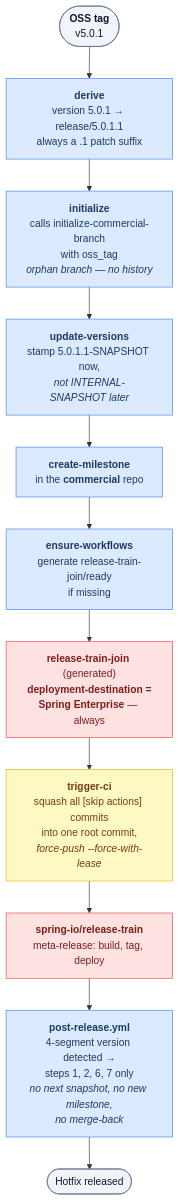
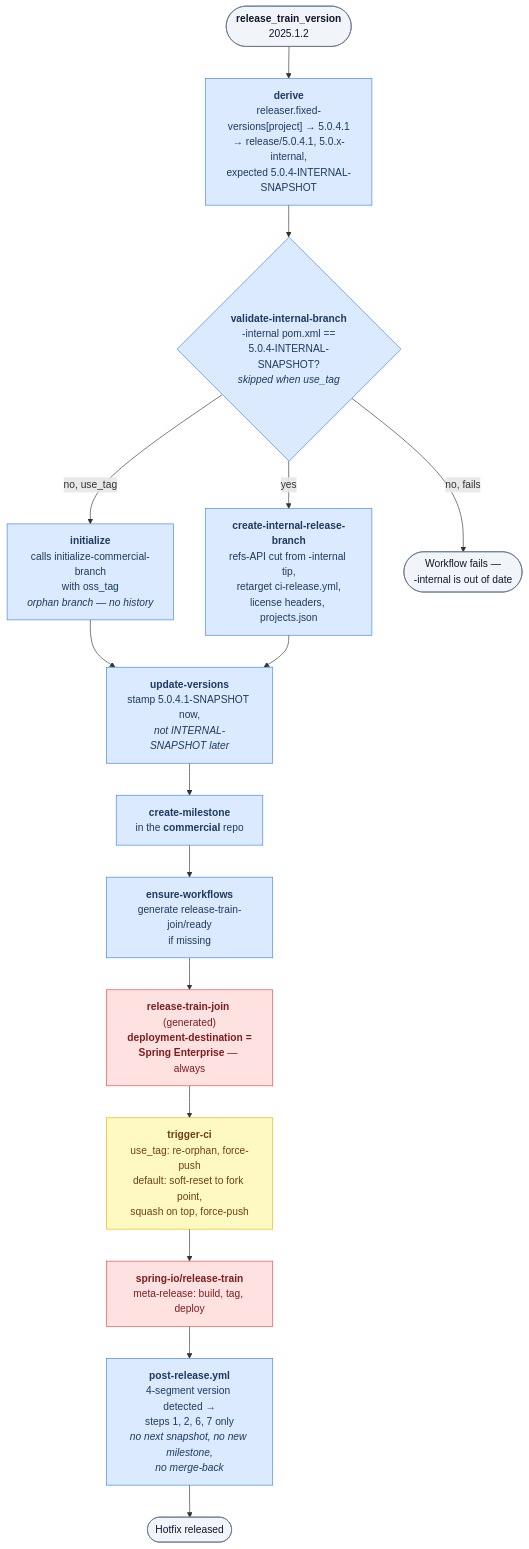
The fourth of 4 diagrams in docs/release-automation.md (spring-cloud/spring-cloud-github-actions), drawn with Mermaid before and after one commit. The commit also changed other lines of this file and 5 other files, not shown here.

````diff
--- a/docs/release-automation.md
+++ b/docs/release-automation.md
@@ -596,31 +606,37 @@
 ```mermaid
 flowchart TD
-    TAG(["<b>OSS tag</b><br/>v5.0.1"]) --> DERIVE
+    TRAIN(["<b>release_train_version</b><br/>2025.1.2"]) --> DERIVE
 
-    DERIVE["<b>derive</b><br/>version 5.0.1 → release/5.0.1.1<br/>always a .1 patch suffix"] --> INIT
+    DERIVE["<b>derive</b><br/>releaser.fixed-versions[project] → 5.0.4.1<br/>→ release/5.0.4.1, 5.0.x-internal,<br/>expected 5.0.4-INTERNAL-SNAPSHOT"] --> VALIDATE
+
+    VALIDATE{"<b>validate-internal-branch</b><br/>-internal pom.xml ==<br/>5.0.4-INTERNAL-SNAPSHOT?<br/><i>skipped when use_tag</i>"} -->|no, use_tag| INIT
+    VALIDATE -->|yes| CIRB
+    VALIDATE -->|no, fails| FAIL(["Workflow fails —<br/>-internal is out of date"])
 
     INIT["<b>initialize</b><br/>calls initialize-commercial-branch<br/>with oss_tag<br/><i>orphan branch — no history</i>"] --> UV
 
-    UV["<b>update-versions</b><br/>stamp 5.0.1.1-SNAPSHOT now,<br/><i>not INTERNAL-SNAPSHOT later</i>"] --> MS
+    CIRB["<b>create-internal-release-branch</b><br/>refs-API cut from -internal tip,<br/>retarget ci-release.yml,<br/>license headers, projects.json"] --> UV
+
+    UV["<b>update-versions</b><br/>stamp 5.0.4.1-SNAPSHOT now,<br/><i>not INTERNAL-SNAPSHOT later</i>"] --> MS
 
     MS["<b>create-milestone</b><br/>in the <b>commercial</b> repo"] --> EW
 
     EW["<b>ensure-workflows</b><br/>generate release-train-join/ready<br/>if missing"] --> JOIN
 
     JOIN["<b>release-train-join</b> (generated)<br/><b>deployment-destination =<br/>Spring Enterprise</b> — always"] --> TCI
 
-    TCI["<b>trigger-ci</b><br/>squash all [skip actions] commits<br/>into one root commit,<br/><i>force-push --force-with-lease</i>"] --> MR
+    TCI["<b>trigger-ci</b><br/>use_tag: re-orphan, force-push<br/>default: soft-reset to fork point,<br/>squash on top, force-push"] --> MR
 
     MR["<b>spring-io/release-train</b><br/>meta-release: build, tag, deploy"] --> PRH
 
     PRH["<b>post-release.yml</b><br/>4-segment version detected →<br/>steps 1, 2, 6, 7 only<br/><i>no next snapshot, no new milestone,<br/>no merge-back</i>"] --> DONE([Hotfix released])
 
     classDef here fill:#dbeafe,stroke:#3b82f6,color:#1e3a5f
     classDef ext fill:#fee2e2,stroke:#ef4444,color:#7f1d1d
     classDef warn fill:#fef9c3,stroke:#eab308,color:#713f12
     classDef term fill:#f1f5f9,stroke:#64748b,color:#0f172a
-    class DERIVE,INIT,UV,MS,EW,PRH here
+    class DERIVE,VALIDATE,INIT,CIRB,UV,MS,EW,PRH here
     class JOIN,MR ext
     class TCI warn
-    class TAG,DONE term
+    class TRAIN,DONE,FAIL term
 ```
````
